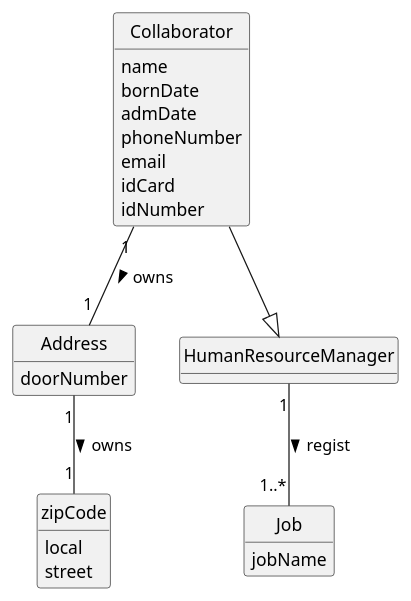
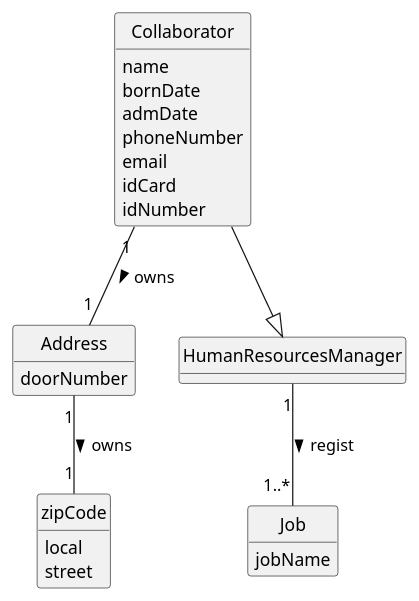
One commit to 1231360-ISEP/lei-24-s2-1db-g021 changed the diagram in docs/sprint2/us002/02.analysis/puml/us002-domain-model.puml. Above: the diagram before and after it, drawn with PlantUML. The commit also changed 13 other files, not shown here.

```diff
--- a/docs/sprint2/us002/02.analysis/puml/us002-domain-model.puml
+++ b/docs/sprint2/us002/02.analysis/puml/us002-domain-model.puml
@@ -1,43 +1,42 @@
 @startuml
 skinparam monochrome true
 skinparam packageStyle rectangle
 skinparam shadowing false
 
 skinparam classAttributeIconSize 0
 
 hide circle
 hide methods
 
 class Collaborator {
     name
     bornDate
     admDate
     phoneNumber
     email
     idCard
     idNumber
 }
 
 class Address {
     doorNumber
 }
 
 class zipCode {
     local
     street
 }
 
-class HumanResourceManager {}
+class HumanResourcesManager {}
 
 class Job {
     jobName
 }
 
 
-Collaborator --|> HumanResourceManager
-'Collaborator "1..*" - "1" Job: assigned to <
-HumanResourceManager "1" -- "1..*" Job : regist >
+Collaborator --|> HumanResourcesManager
+HumanResourcesManager "1" -- "1..*" Job : regist >
 Collaborator "1" -- "1" Address: owns >
 Address "1" -- "1" zipCode : owns >
 
 @enduml
```
